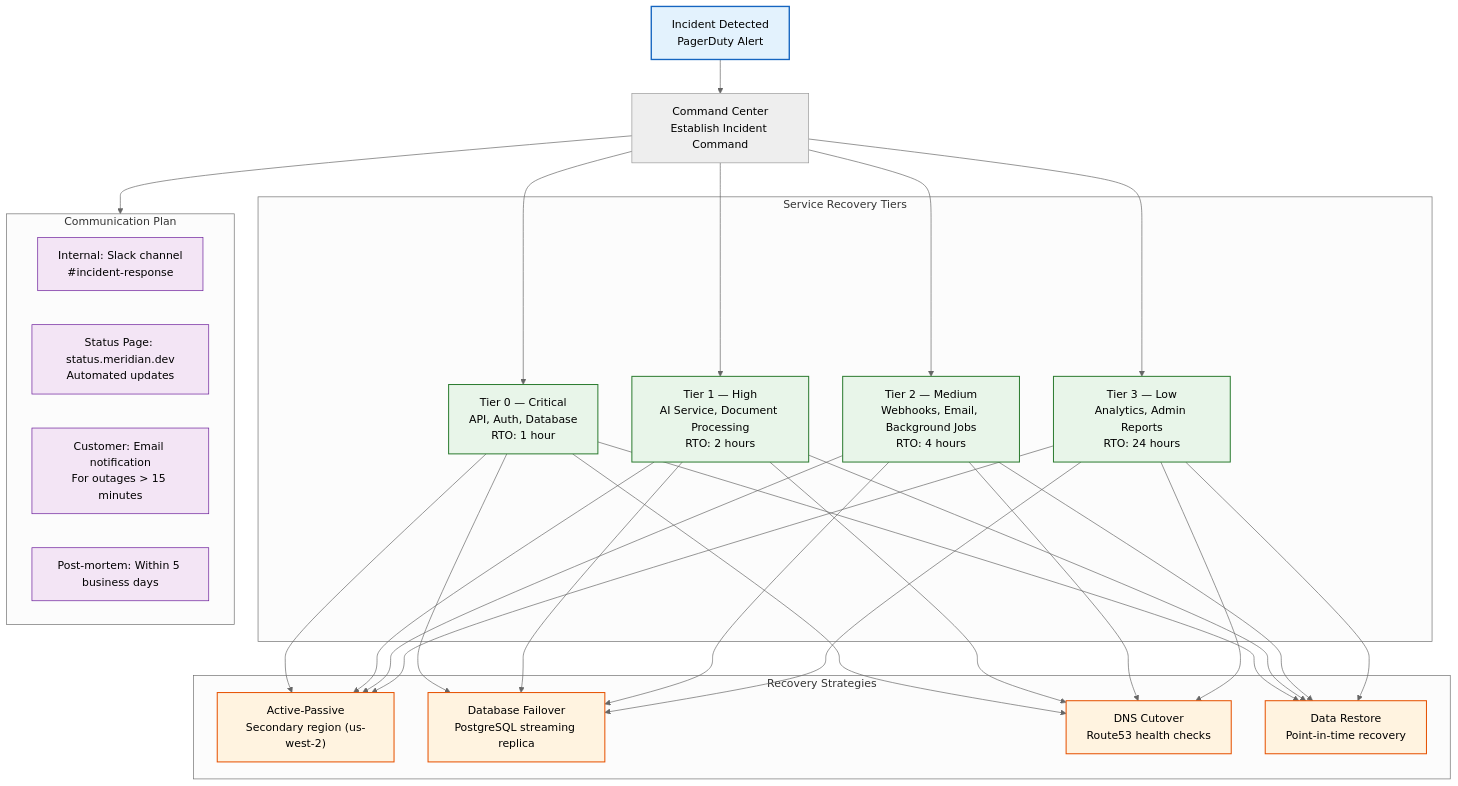
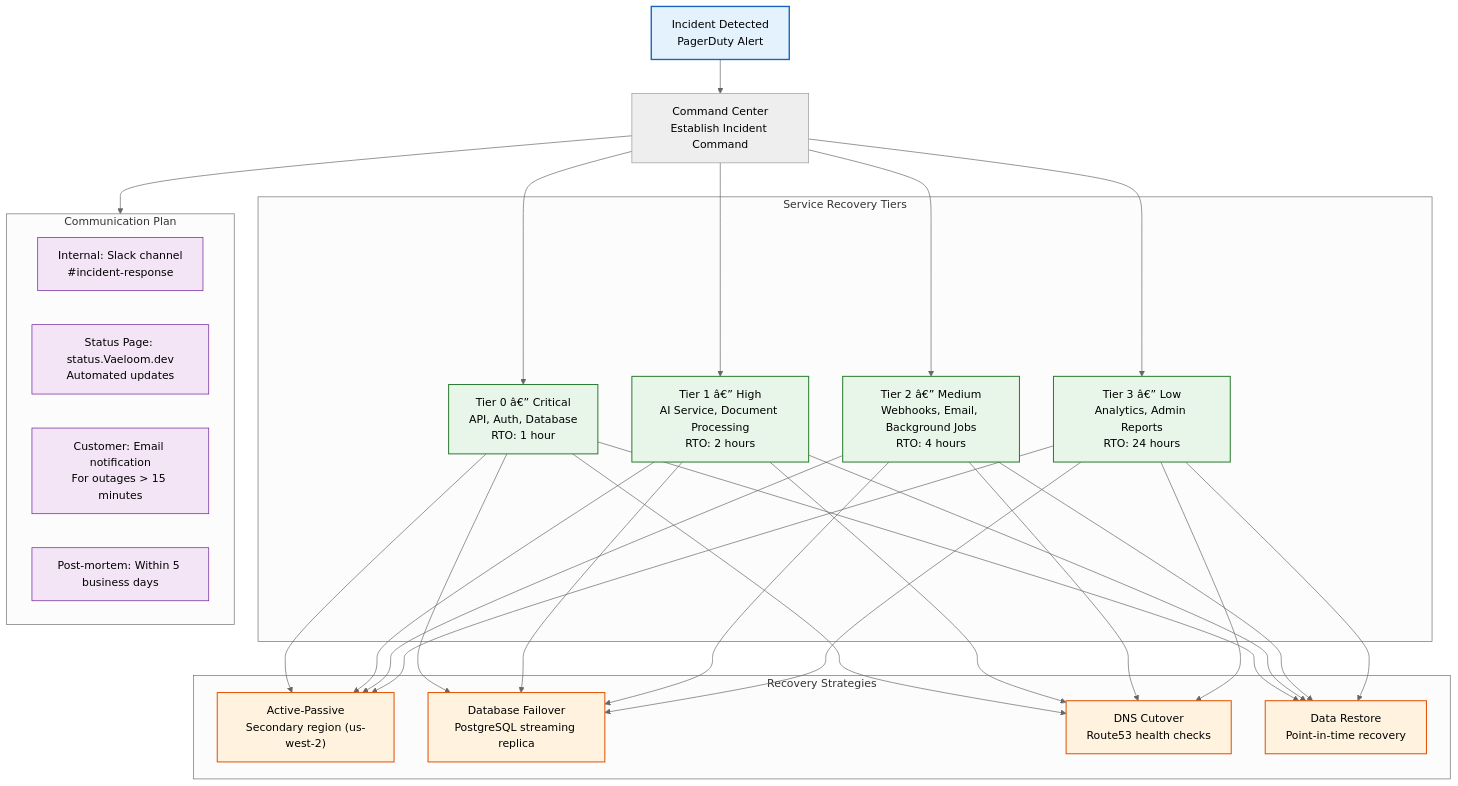
Before and after one commit to Driftloom/Vaeloom: the first of 3 diagrams in Docs/Operations/Business-Continuity-Plan.md, drawn with Mermaid (neutral theme). The commit also changed other lines of this file and 249 other files, not shown here.

Commit message:
Rename all references from Meridian to Vaeloom across docs, scripts, and config

````diff
--- a/Docs/Operations/Business-Continuity-Plan.md
+++ b/Docs/Operations/Business-Continuity-Plan.md
@@ -16,39 +16,39 @@
 ```mermaid
 graph TD
     classDef trigger fill:#e3f2fd,stroke:#1565c0,color:#000,stroke-width:2px
     classDef tier fill:#e8f5e9,stroke:#2e7d32,color:#000,stroke-width:1.5px
     classDef action fill:#fff3e0,stroke:#e65100,color:#000,stroke-width:1.5px
     classDef comms fill:#f3e5f5,stroke:#6a1b9a,color:#000,stroke-width:1px
 
     T1["Incident Detected<br/>PagerDuty Alert"] --> CMD["Command Center<br/>Establish Incident Command"]
 
     subgraph Tier["Service Recovery Tiers"]
-        T0["Tier 0 — Critical<br/>API, Auth, Database<br/>RTO: 1 hour"]
-        T1S["Tier 1 — High<br/>AI Service, Document Processing<br/>RTO: 2 hours"]
-        T2S["Tier 2 — Medium<br/>Webhooks, Email, Background Jobs<br/>RTO: 4 hours"]
-        T3S["Tier 3 — Low<br/>Analytics, Admin Reports<br/>RTO: 24 hours"]
+        T0["Tier 0 â€” Critical<br/>API, Auth, Database<br/>RTO: 1 hour"]
+        T1S["Tier 1 â€” High<br/>AI Service, Document Processing<br/>RTO: 2 hours"]
+        T2S["Tier 2 â€” Medium<br/>Webhooks, Email, Background Jobs<br/>RTO: 4 hours"]
+        T3S["Tier 3 â€” Low<br/>Analytics, Admin Reports<br/>RTO: 24 hours"]
     end
 
     subgraph Strategies["Recovery Strategies"]
         S1["Active-Passive<br/>Secondary region (us-west-2)"]
         S2["Database Failover<br/>PostgreSQL streaming replica"]
         S3["DNS Cutover<br/>Route53 health checks"]
         S4["Data Restore<br/>Point-in-time recovery"]
     end
 
     subgraph Comms["Communication Plan"]
         C1["Internal: Slack channel<br/>#incident-response"]
-        C2["Status Page: status.meridian.dev<br/>Automated updates"]
+        C2["Status Page: status.Vaeloom.dev<br/>Automated updates"]
         C3["Customer: Email notification<br/>For outages > 15 minutes"]
         C4["Post-mortem: Within 5 business days"]
     end
 
     T0 & T1S & T2S & T3S --> S1 & S2 & S3 & S4
     CMD --> T0 & T1S & T2S & T3S
     CMD --> Comms
 
     class T1 trigger
     class T0,T1S,T2S,T3S tier
     class S1,S2,S3,S4 action
     class C1,C2,C3,C4 comms
 ```
````
